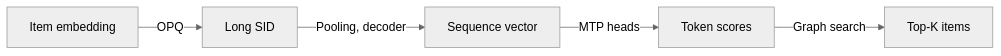
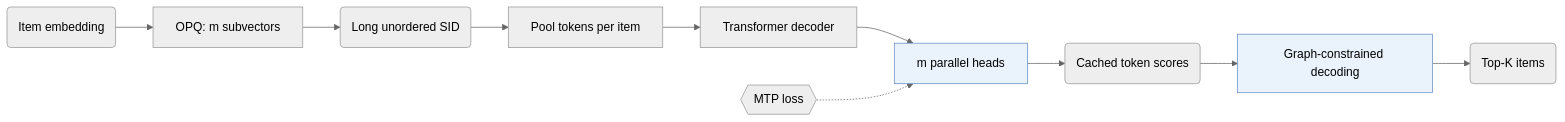
The second of 4 diagrams in pages/papers/rpg.md (Galaxy-ghost/Awesome-SID-Generative-Rec), drawn with Mermaid (neutral theme) before and after one commit. The commit also changed other lines of this file and 521 other files, not shown here.

Commit message:
writer-04 part 3: algorithm diagrams with shared shape conventions, README hero and paper cards, archive removed

````diff
--- a/pages/papers/rpg.md
+++ b/pages/papers/rpg.md
@@ -47,7 +57,13 @@
 ```mermaid
 flowchart LR
-    A[Item embedding] -->|OPQ| B[Long SID]
-    B -->|Pooling, decoder| C[Sequence vector]
-    C -->|MTP heads| D[Token scores]
-    D -->|Graph search| E[Top-K items]
+    A("Item embedding") --> B["OPQ: m subvectors"]
+    B --> C("Long unordered SID")
+    C --> D["Pool tokens per item"]
+    D --> E["Transformer decoder"]
+    E --> F["m parallel heads"]:::key
+    L1{{"MTP loss"}} -.-> F
+    F --> G("Cached token scores")
+    G --> H["Graph-constrained decoding"]:::key
+    H --> I("Top-K items")
+    classDef key fill:#eaf2fb,stroke:#6b8fc7
 ```
````
